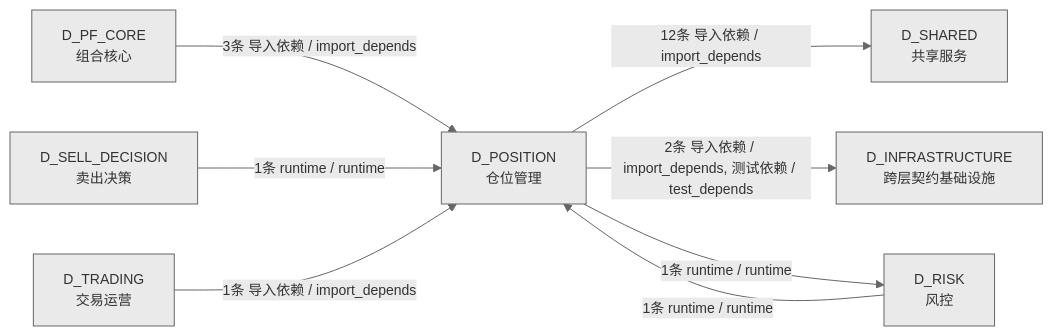
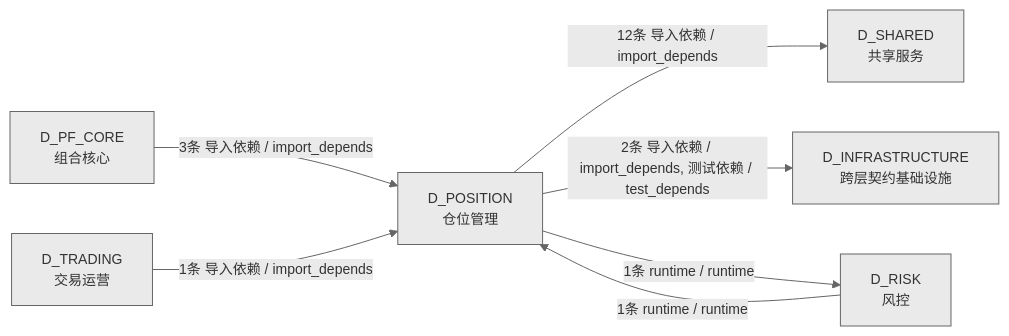
The fourth of 4 diagrams in docs/02_enterprise_architecture/02_domain_architecture_docs/64_d_position.md (xuanFelixVan/ZephyrAlpha), drawn with Mermaid before and after one commit. The commit also changed other lines of this file and 50 other files, not shown here.

````diff
--- a/docs/02_enterprise_architecture/02_domain_architecture_docs/64_d_position.md
+++ b/docs/02_enterprise_architecture/02_domain_architecture_docs/64_d_position.md
@@ -275,18 +271,16 @@
 ```mermaid
 %%{init: {'theme': 'base', 'themeVariables': {'primaryColor': '#eaeaea', 'primaryTextColor': '#333333', 'primaryBorderColor': '#666666', 'lineColor': '#666666', 'secondaryColor': '#eaeaea', 'tertiaryColor': '#eaeaea', 'fontSize': '14px'}}}%%
 graph LR
     D_POSITION["D_POSITION<br/>仓位管理"]
     D_SHARED["D_SHARED<br/>共享服务"]
     D_INFRASTRUCTURE["D_INFRASTRUCTURE<br/>跨层契约基础设施"]
     D_RISK["D_RISK<br/>风控"]
     D_PF_CORE["D_PF_CORE<br/>组合核心"]
-    D_SELL_DECISION["D_SELL_DECISION<br/>卖出决策"]
     D_TRADING["D_TRADING<br/>交易运营"]
     D_POSITION -->|12条 导入依赖 / import_depends| D_SHARED
     D_POSITION -->|2条 导入依赖 / import_depends, 测试依赖 / test_depends| D_INFRASTRUCTURE
     D_POSITION -->|1条 runtime / runtime| D_RISK
     D_PF_CORE -->|3条 导入依赖 / import_depends| D_POSITION
     D_RISK -->|1条 runtime / runtime| D_POSITION
-    D_SELL_DECISION -->|1条 runtime / runtime| D_POSITION
     D_TRADING -->|1条 导入依赖 / import_depends| D_POSITION
 ```
````
